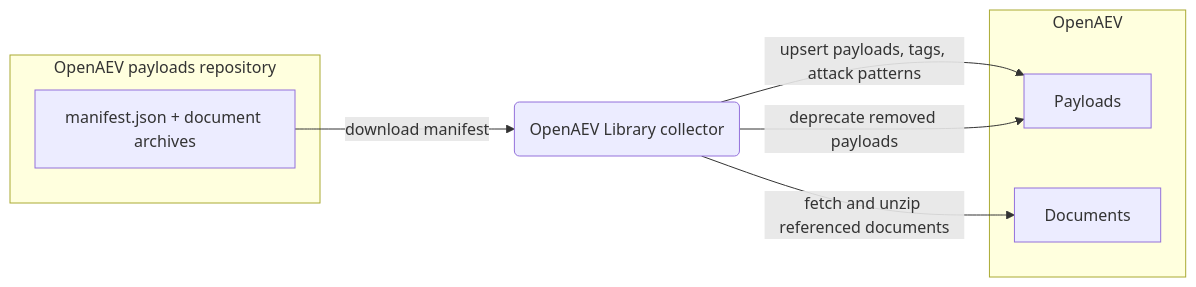
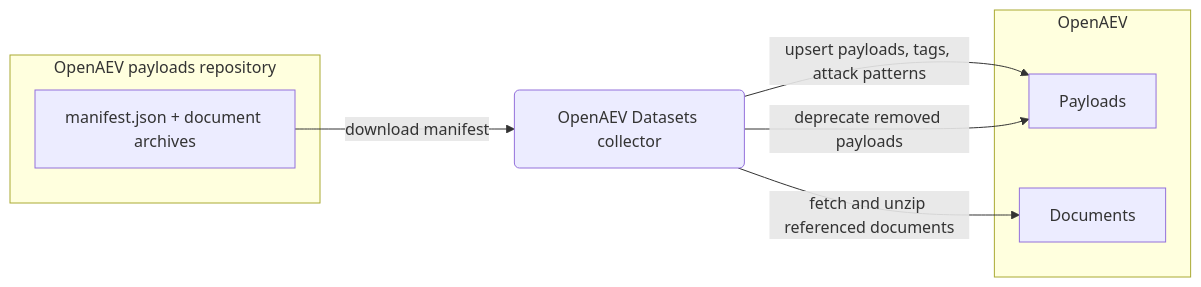
One commit to OpenAEV-Platform/collectors changed the diagram in openaev/README.md. Above: the diagram before and after it, drawn with Mermaid. The commit also changed other lines of this file and 1 other file, not shown here.

````diff
--- a/openaev/README.md
+++ b/openaev/README.md
@@ -110,15 +110,15 @@
 ```mermaid
 flowchart LR
     subgraph OpenAEV payloads repository
         M["manifest.json + document archives"]
     end
-    C(OpenAEV Library collector)
+    C(OpenAEV Datasets collector)
     subgraph OpenAEV
         P[Payloads]
         D[Documents]
     end
     M -->|download manifest| C
     C -->|fetch and unzip referenced documents| D
     C -->|upsert payloads, tags, attack patterns| P
     C -->|deprecate removed payloads| P
 ```
````
